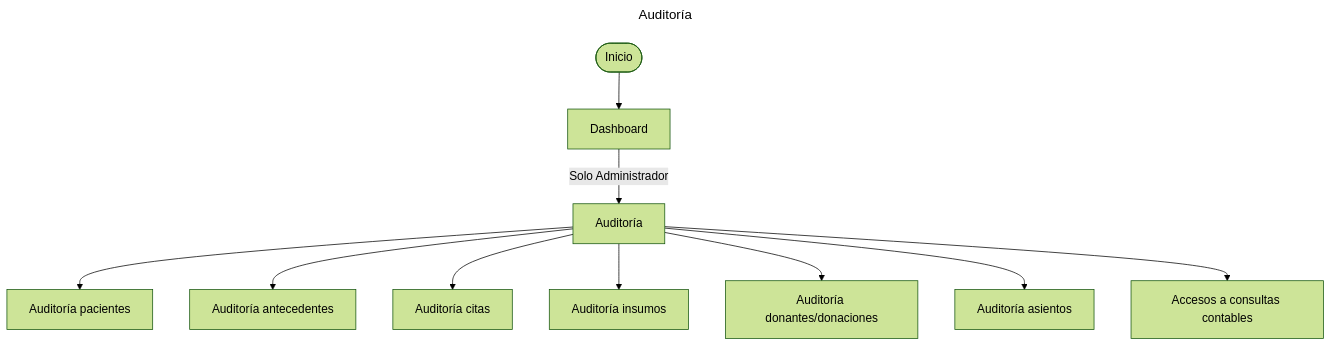
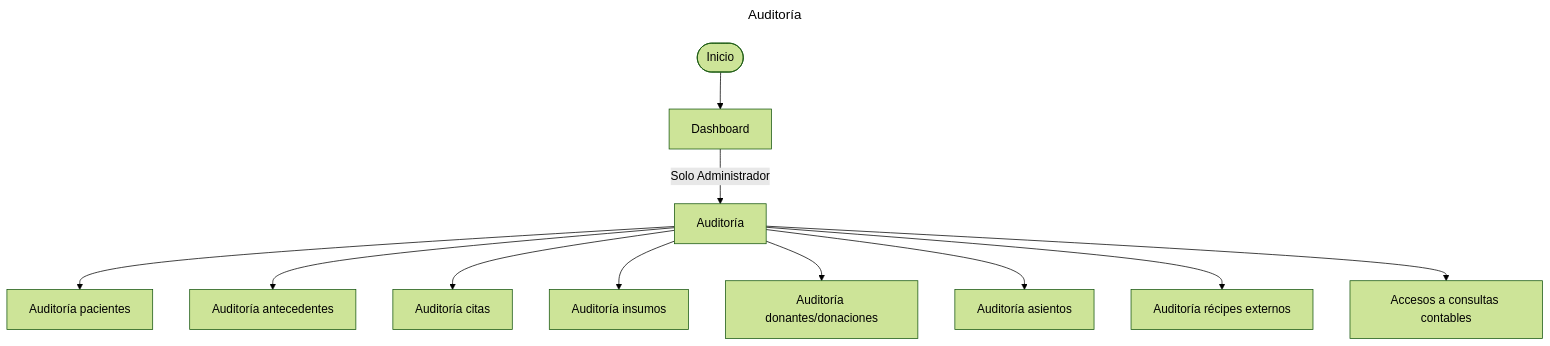
One commit to DaikoneKisu/san-martin-de-porres-parish-pharmacy-community-service changed the diagram in docs/per-module/audit/user-flows/audits.mermaid. Above: the diagram before and after it, drawn with Mermaid (forest theme). The commit also changed 1 other file, not shown here.

Commit message:
chore: update audit use cases and user flows to include external recipe auditing

```diff
--- a/docs/per-module/audit/user-flows/audits.mermaid
+++ b/docs/per-module/audit/user-flows/audits.mermaid
@@ -1,14 +1,15 @@
 ---
 title: Auditoría
 ---
 flowchart TD
-    S([Inicio]) --> DASH[Dashboard]
-    DASH -->|Solo Administrador| AUD[Auditoría]
+  S([Inicio]) --> DASH[Dashboard]
+  DASH -->|Solo Administrador| AUD[Auditoría]
 
-    AUD --> AUD_PAC[Auditoría pacientes]
-    AUD --> AUD_ANT[Auditoría antecedentes]
-    AUD --> AUD_CIT[Auditoría citas]
-    AUD --> AUD_INS[Auditoría insumos]
-    AUD --> AUD_DON[Auditoría donantes/donaciones]
-    AUD --> AUD_ASI[Auditoría asientos]
-    AUD --> AUD_ACC[Accesos a consultas contables]
+  AUD --> AUD_PAC[Auditoría pacientes]
+  AUD --> AUD_ANT[Auditoría antecedentes]
+  AUD --> AUD_CIT[Auditoría citas]
+  AUD --> AUD_INS[Auditoría insumos]
+  AUD --> AUD_DON[Auditoría donantes/donaciones]
+  AUD --> AUD_ASI[Auditoría asientos]
+  AUD --> AUD_REC[Auditoría récipes externos]
+  AUD --> AUD_ACC[Accesos a consultas contables]
```
